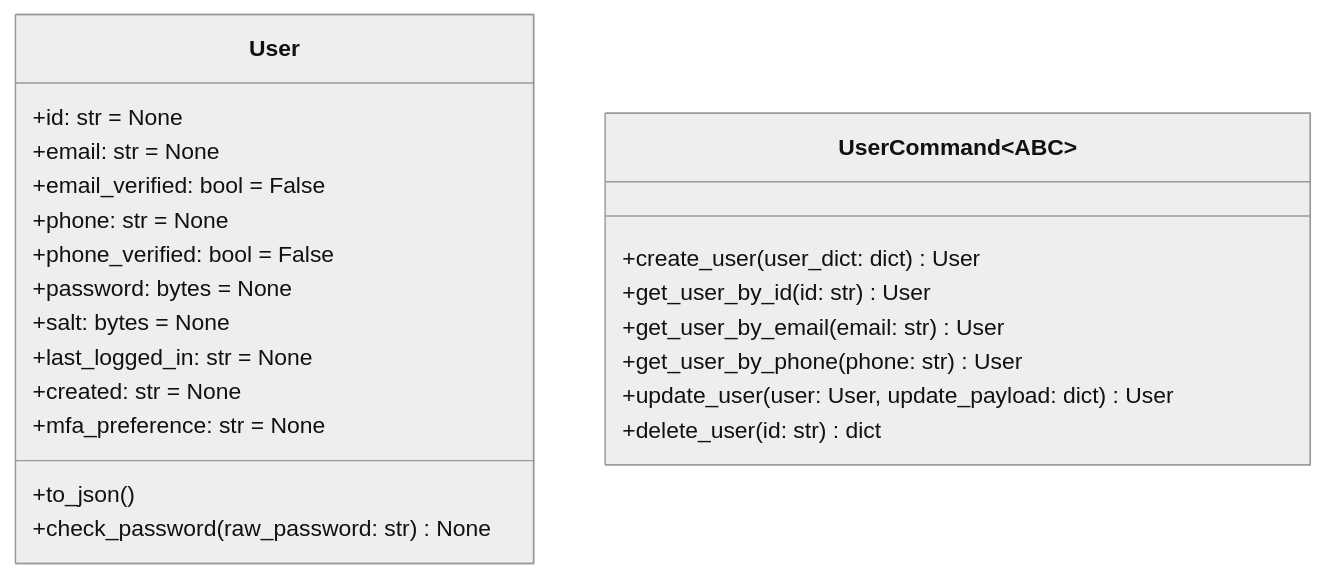
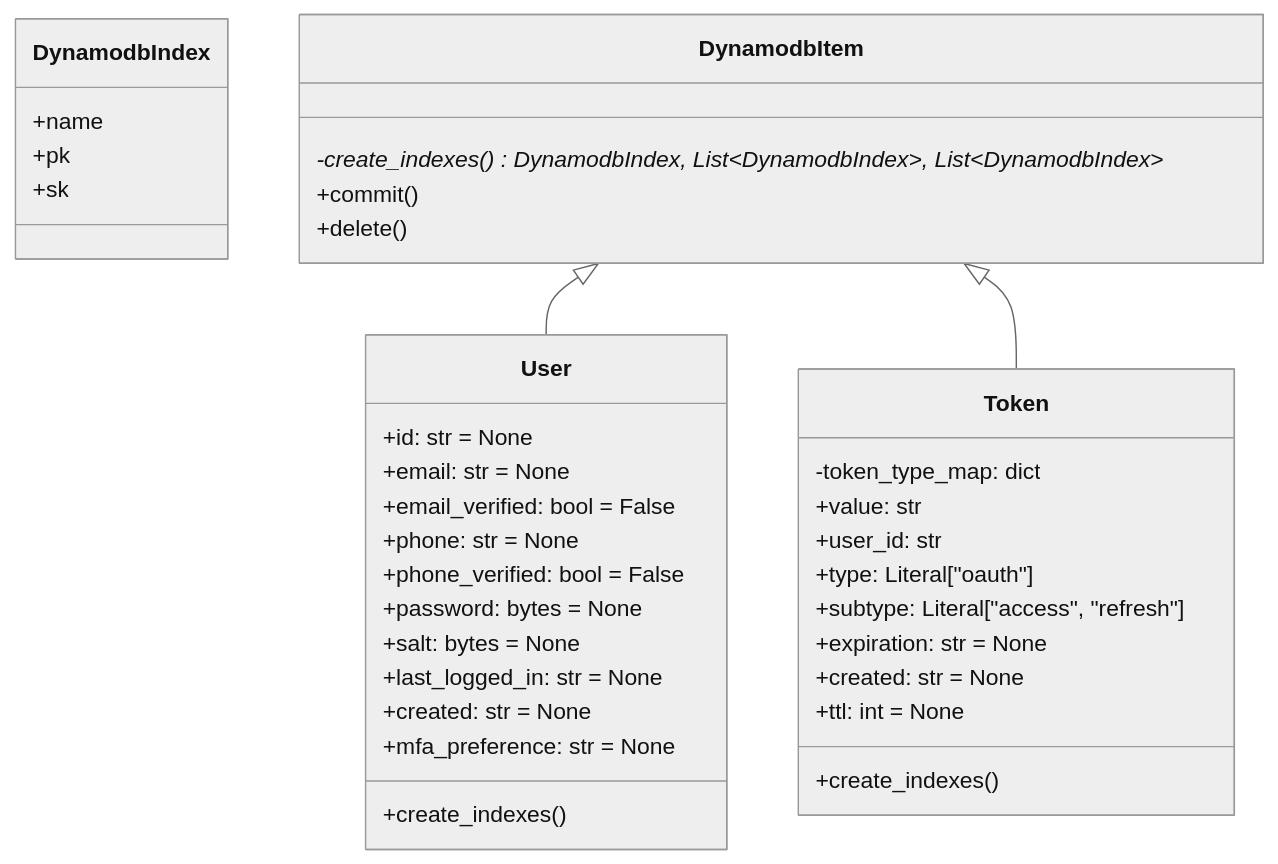
The fifth of 8 diagrams in _posts/2022-11-13-project-design-serverless-auth.md (imchristianlowe/imchristianlowe.github.io), drawn with Mermaid (neutral theme) before and after one commit. The commit also changed other lines of this file, not shown here.

````diff
--- a/_posts/2022-11-13-project-design-serverless-auth.md
+++ b/_posts/2022-11-13-project-design-serverless-auth.md
@@ -330,27 +332,47 @@
 ```mermaid
 classDiagram
+
+    class DynamodbIndex{
+        +name
+        +pk
+        +sk
+    }
+
+    class DynamodbItem{
+
+        -create_indexes()* DynamodbIndex, List~DynamodbIndex~, List~DynamodbIndex~
+        +commit()
+        +delete()
+    }
 
     class User{
         +id: str = None
         +email: str = None
         +email_verified: bool = False
         +phone: str = None
         +phone_verified: bool = False
         +password: bytes = None
         +salt: bytes = None
         +last_logged_in: str = None
         +created: str = None
         +mfa_preference: str = None
 
-        +to_json()
-        +check_password(raw_password: str) None
+        +create_indexes()
     }
-    class UserCommand~ABC~{
-        +create_user(user_dict: dict) User
-        +get_user_by_id(id: str) User
-        +get_user_by_email(email: str) User
-        +get_user_by_phone(phone: str) User
-        +update_user(user: User, update_payload: dict) User
-        +delete_user(id: str) dict
+    
+    class Token{
+        -token_type_map: dict
+        +value: str
+        +user_id: str
+        +type: Literal["oauth"]
+        +subtype: Literal["access", "refresh"]
+        +expiration: str = None
+        +created: str = None
+        +ttl: int = None
+
+        +create_indexes()
     }
+
+    DynamodbItem <|-- User
+    DynamodbItem <|-- Token
 ```
````
